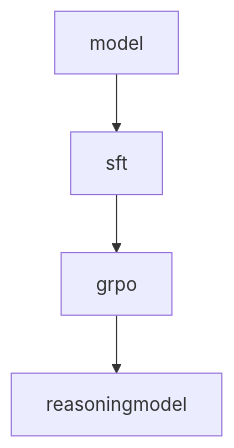
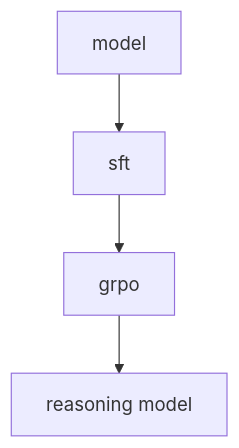
Before and after one commit to The-Swarm-Corporation/AgentGym: the diagram in README.md, drawn with Mermaid. The commit also changed 1 other file, not shown here.

Commit message:
[only grpo]

````diff
--- a/README.md
+++ b/README.md
@@ -41,6 +41,6 @@
 ```mermaid
 graph TD;
     A[model] --> B[sft]
     B --> C[grpo]
-    C --> D[reasoningmodel]
+    C --> D[reasoning model]
 ```
````
